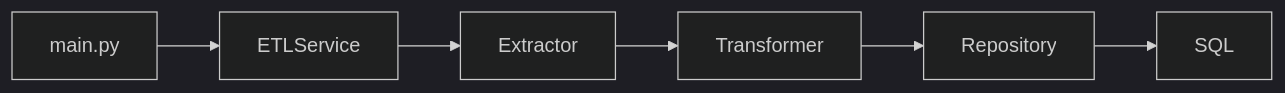
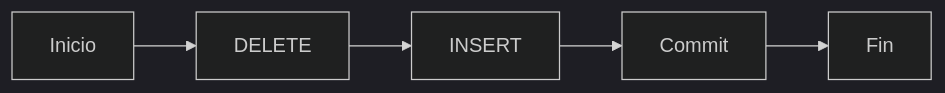
One commit to IstokCarvallo/Odoo changed the fourth of 4 diagrams in README.md. Above: the diagram before and after it, drawn with Mermaid (dark theme). The commit also changed other lines of this file and 5 other files, not shown here.

````diff
--- a/README.md
+++ b/README.md
@@ -311,15 +253,13 @@
 ```mermaid
 flowchart LR
 
-main.py
+Inicio
 
-main.py --> ETLService
+Inicio --> DELETE
 
-ETLService --> Extractor
+DELETE --> INSERT
 
-Extractor --> Transformer
+INSERT --> Commit
 
-Transformer --> Repository
-
-Repository --> SQL
+Commit --> Fin
 ```
````
